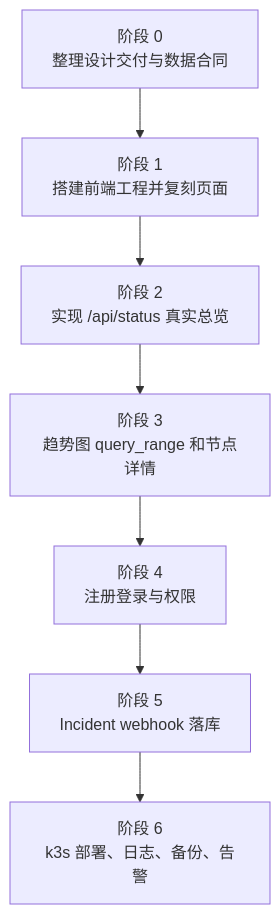
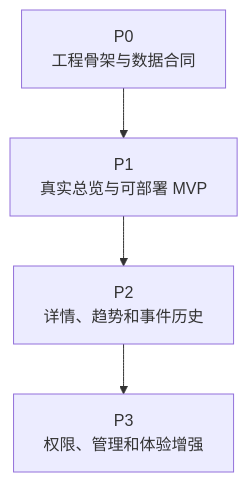
One commit to xljya/NodeBeacon changed the second of 2 diagrams in docs/development-plan.md. Above: the diagram before and after it, drawn with Mermaid. The commit also changed other lines of this file and 9 other files, not shown here.

````diff
--- a/docs/development-plan.md
+++ b/docs/development-plan.md
@@ -198,12 +209,9 @@
 ```mermaid
 flowchart TD
-    p0["阶段 0<br/>整理设计交付与数据合同"]
-    p1["阶段 1<br/>搭建前端工程并复刻页面"]
-    p2["阶段 2<br/>实现 /api/status 真实总览"]
-    p3["阶段 3<br/>趋势图 query_range 和节点详情"]
-    p4["阶段 4<br/>注册登录与权限"]
-    p5["阶段 5<br/>Incident webhook 落库"]
-    p6["阶段 6<br/>k3s 部署、日志、备份、告警"]
+    p0["P0<br/>工程骨架与数据合同"]
+    p1["P1<br/>真实总览与可部署 MVP"]
+    p2["P2<br/>详情、趋势和事件历史"]
+    p3["P3<br/>权限、管理和体验增强"]
 
-    p0 --> p1 --> p2 --> p3 --> p4 --> p5 --> p6
+    p0 --> p1 --> p2 --> p3
 ```
````
